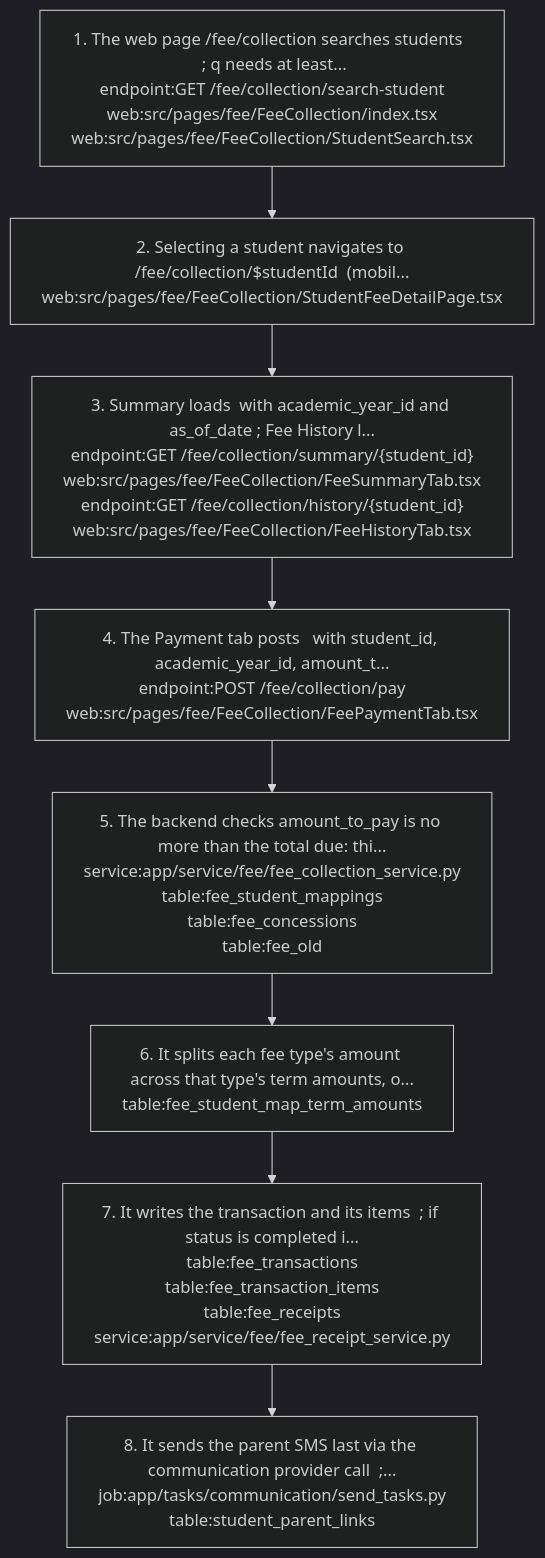
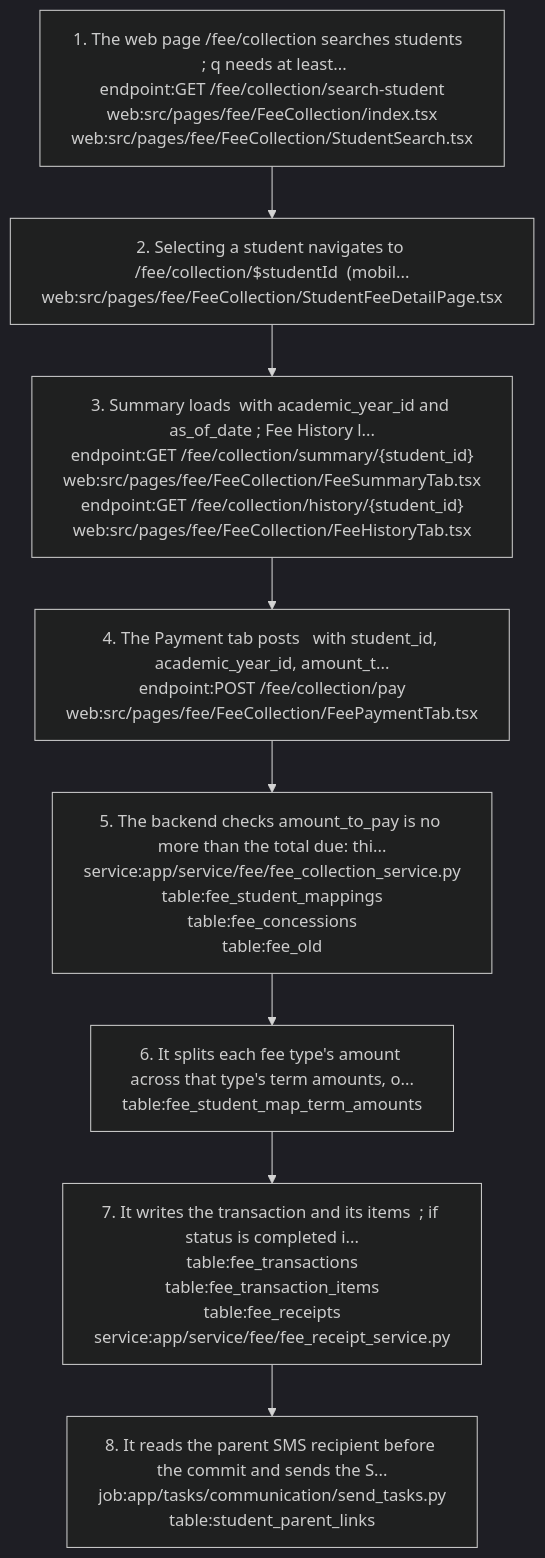
The fifth of 12 diagrams in docs/graph/views/fee.md (nerellasraj21/cos360_full_app), drawn with Mermaid (dark theme) before and after one commit. The commit also changed other lines of this file and 11 other files, not shown here.

````diff
--- a/docs/graph/views/fee.md
+++ b/docs/graph/views/fee.md
@@ -303,18 +304,18 @@
 ```mermaid
 flowchart TD
   s1["1. The web page /fee/collection searches students   ; q needs at least...<br/>endpoint:GET /fee/collection/search-student<br/>web:src/pages/fee/FeeCollection/index.tsx<br/>web:src/pages/fee/FeeCollection/StudentSearch.tsx"]
   s2["2. Selecting a student navigates to /fee/collection/$studentId  (mobil...<br/>web:src/pages/fee/FeeCollection/StudentFeeDetailPage.tsx"]
   s1 --> s2
   s3["3. Summary loads  with academic_year_id and as_of_date ; Fee History l...<br/>endpoint:GET /fee/collection/summary/{student_id}<br/>web:src/pages/fee/FeeCollection/FeeSummaryTab.tsx<br/>endpoint:GET /fee/collection/history/{student_id}<br/>web:src/pages/fee/FeeCollection/FeeHistoryTab.tsx"]
   s2 --> s3
   s4["4. The Payment tab posts   with student_id, academic_year_id, amount_t...<br/>endpoint:POST /fee/collection/pay<br/>web:src/pages/fee/FeeCollection/FeePaymentTab.tsx"]
   s3 --> s4
   s5["5. The backend checks amount_to_pay is no more than the total due: thi...<br/>service:app/service/fee/fee_collection_service.py<br/>table:fee_student_mappings<br/>table:fee_concessions<br/>table:fee_old"]
   s4 --> s5
   s6["6. It splits each fee type's amount across that type's term amounts, o...<br/>table:fee_student_map_term_amounts"]
   s5 --> s6
   s7["7. It writes the transaction and its items  ; if status is completed i...<br/>table:fee_transactions<br/>table:fee_transaction_items<br/>table:fee_receipts<br/>service:app/service/fee/fee_receipt_service.py"]
   s6 --> s7
-  s8["8. It sends the parent SMS last via the communication provider call  ;...<br/>job:app/tasks/communication/send_tasks.py<br/>table:student_parent_links"]
+  s8["8. It reads the parent SMS recipient before the commit and sends the S...<br/>job:app/tasks/communication/send_tasks.py<br/>table:student_parent_links"]
   s7 --> s8
 ```
````
